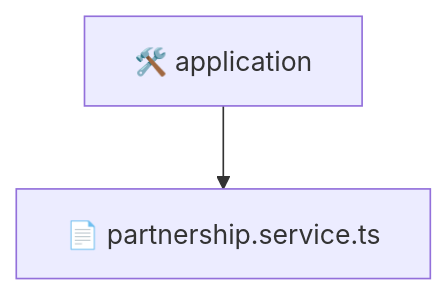
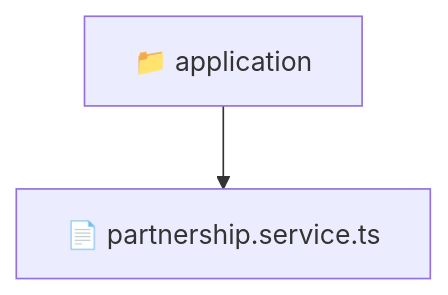
The diagram in backend/src/modules/partnership/application/README.md (beginwebdev2002/fullstack-mavluda), drawn with Mermaid before and after one commit. The commit also changed other lines of this file and 159 other files, not shown here.

````diff
--- a/backend/src/modules/partnership/application/README.md
+++ b/backend/src/modules/partnership/application/README.md
@@ -11,5 +9,5 @@
 ```mermaid
 graph TD
-  application["🛠️ application"]
-  application --> application_partnership_service_ts["📄 partnership.service.ts"]
+  Root["📁 application"]
+  Root --> partnership_service_ts["📄 partnership.service.ts"]
 ```
````
